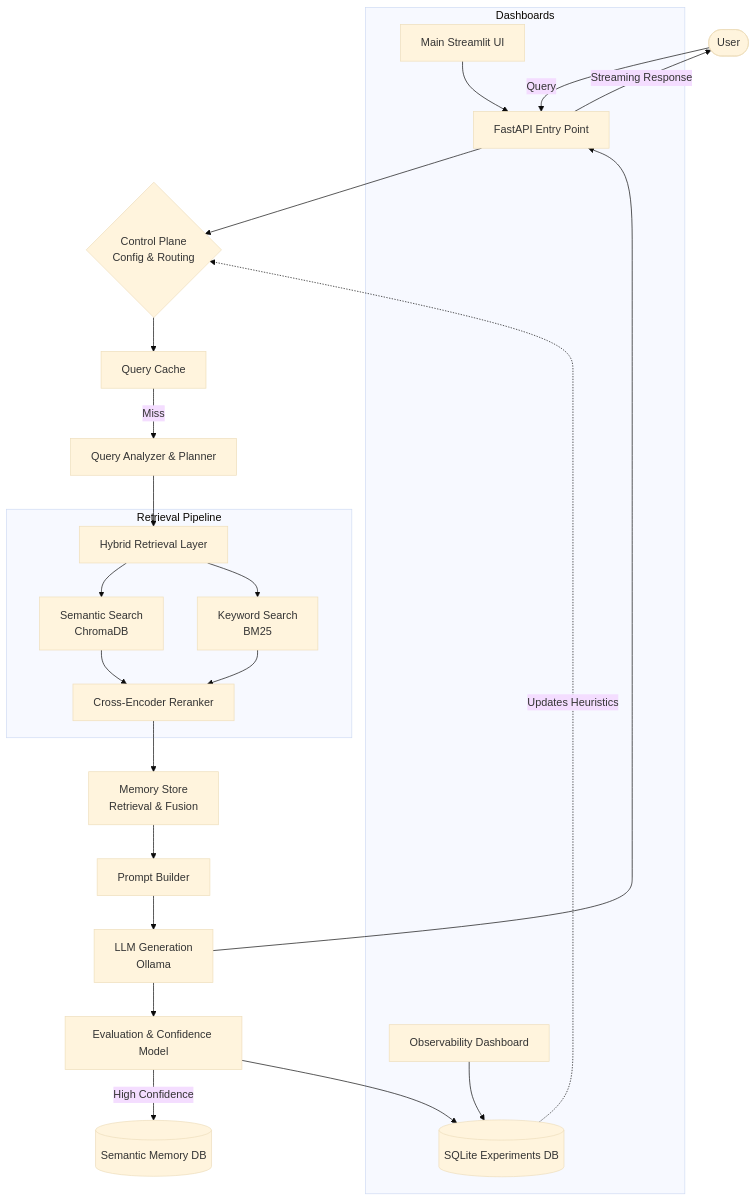
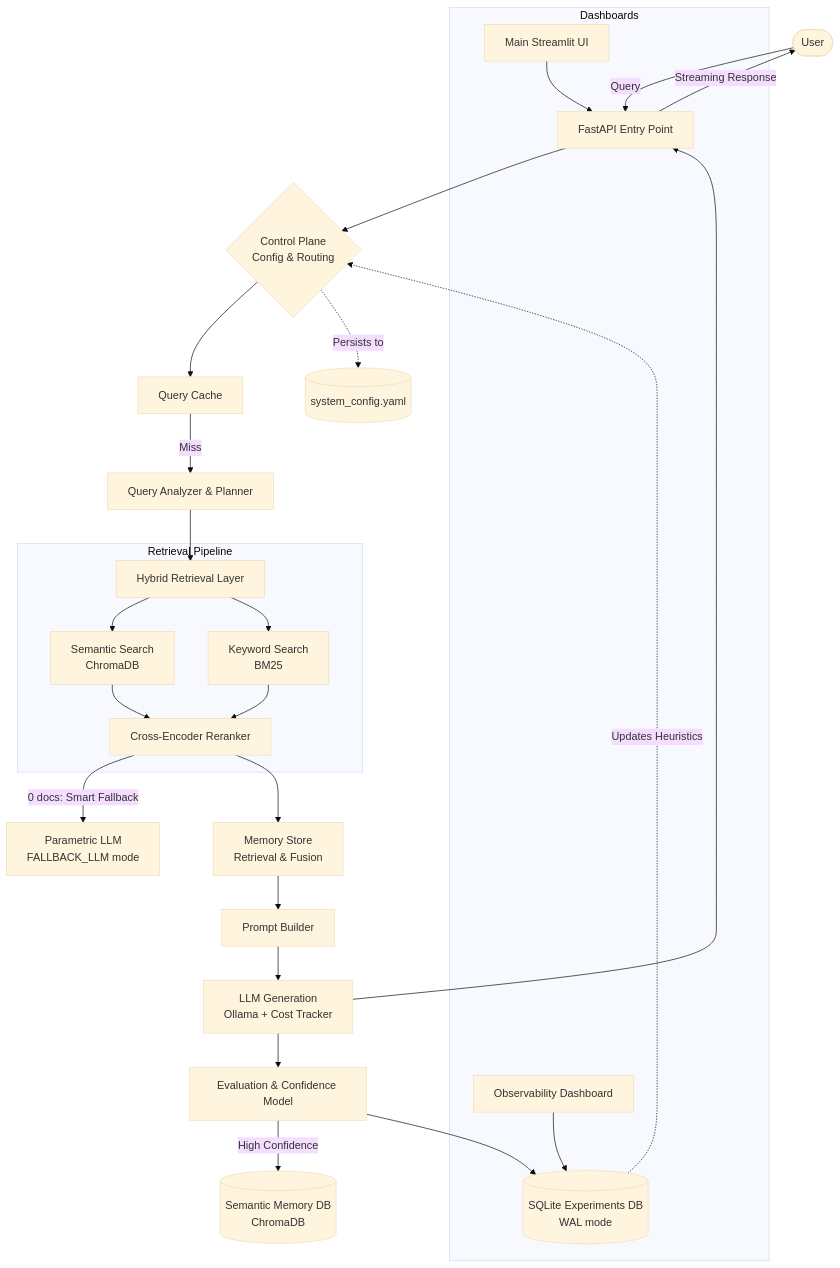
Before and after one commit to niladriroy0/Self-Optimizing-RAG: the diagram in README.md, drawn with Mermaid (base theme). The commit also changed other lines of this file, not shown here.

Commit message:
feat: implement core LLM orchestration, dynamic configuration management, and observability tracking for the RAG pipeline

````diff
--- a/README.md
+++ b/README.md
@@ -27,34 +30,36 @@
 ```mermaid
 graph TD
     User([User]) -->|Query| API[FastAPI Entry Point]
     API --> ControlPlane{Control Plane\nConfig & Routing}
     
     ControlPlane --> Cache[Query Cache]
     Cache -->|Miss| Analyzer[Query Analyzer & Planner]
     
     Analyzer --> Retrieval[Hybrid Retrieval Layer]
     
     subgraph Retrieval Pipeline
         Retrieval --> Vector[Semantic Search\nChromaDB]
         Retrieval --> Keyword[Keyword Search\nBM25]
         Vector --> Reranker[Cross-Encoder Reranker]
         Keyword --> Reranker
     end
     
+    Reranker -->|0 docs: Smart Fallback| Fallback[Parametric LLM\nFALLBACK_LLM mode]
     Reranker --> Memory[Memory Store \nRetrieval & Fusion]
     Memory --> Builder[Prompt Builder]
-    Builder --> LLM[LLM Generation\nOllama]
+    Builder --> LLM[LLM Generation\nOllama + Cost Tracker]
     
     LLM --> Evaluation[Evaluation & Confidence Model]
-    Evaluation --> |High Confidence| Persistence[(Semantic Memory DB)]
-    Evaluation --> OptDB[(SQLite Experiments DB)]
+    Evaluation --> |High Confidence| Persistence[(Semantic Memory DB\nChromaDB)]
+    Evaluation --> OptDB[(SQLite Experiments DB\nWAL mode)]
     
-    OptDB -.-> |Updates Heuristics| ControlPlane
+    OptDB -.->|Updates Heuristics| ControlPlane
+    ControlPlane -.->|Persists to| YAML[(system_config.yaml)]
     LLM --> API
     API -->|Streaming Response| User
     
     subgraph Dashboards
         UI[Main Streamlit UI] --> API
         Dash[Observability Dashboard] --> OptDB
     end
 ```
````
